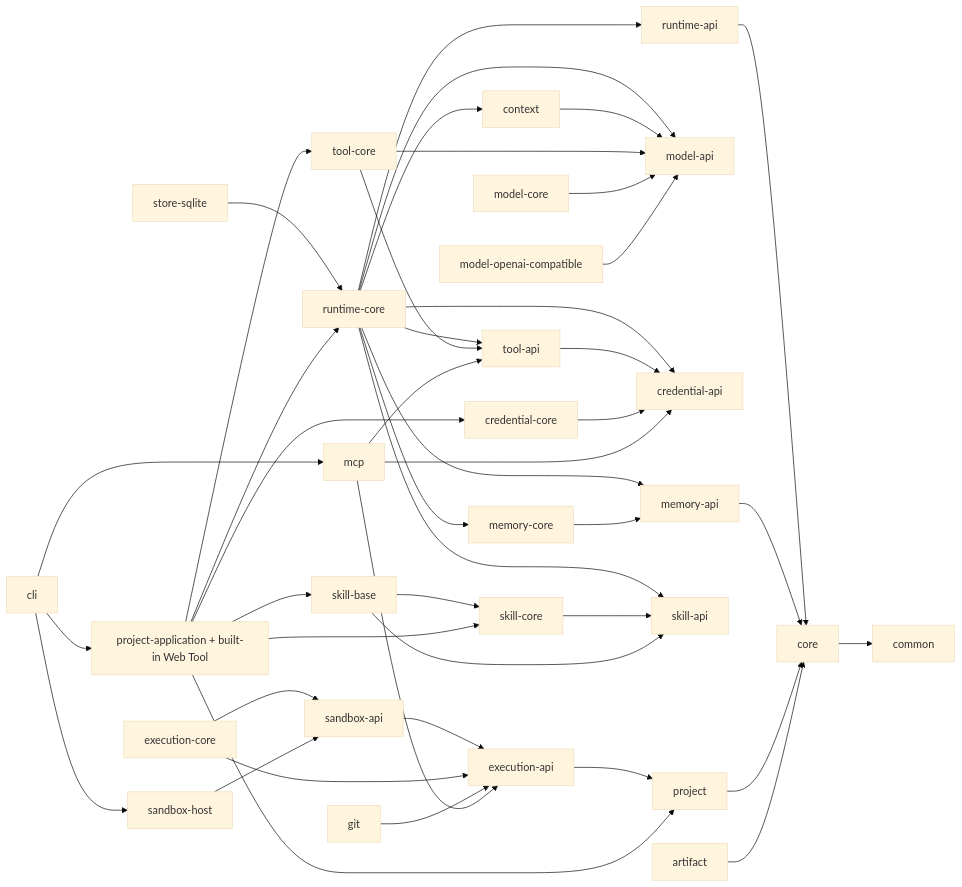
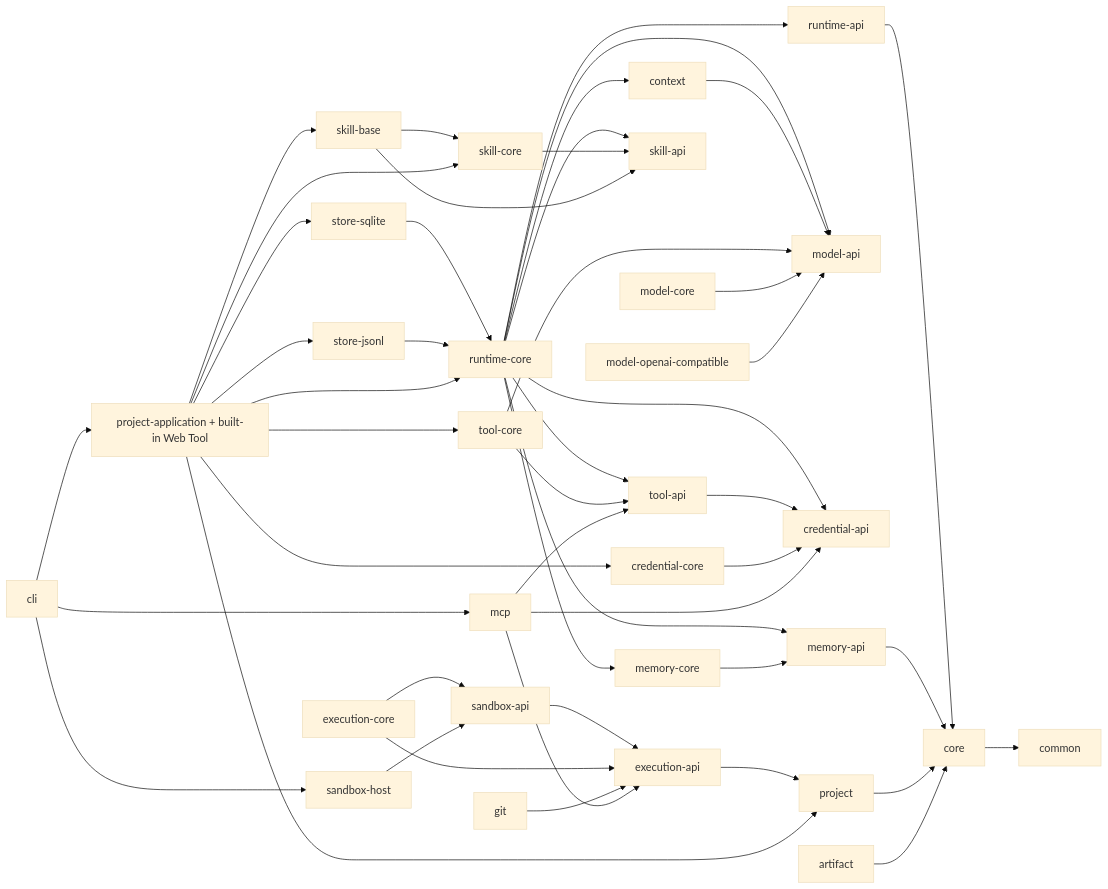
One commit to haifa-agent/haifa-agent changed the diagram in README.md. Above: the diagram before and after it, drawn with Mermaid (base theme). The commit also changed other lines of this file and 64 other files, not shown here.

````diff
--- a/README.md
+++ b/README.md
@@ -65,46 +67,49 @@
 ```mermaid
 flowchart LR
   CORE[core] --> COMMON[common]
   RAPI[runtime-api] --> CORE
   RCORE[runtime-core] --> RAPI
   RCORE --> MAPI[model-api]
   RCORE --> TAPI[tool-api]
   RCORE --> CAPI[credential-api]
   RCORE --> CTX[context]
   RCORE --> MEMAPI[memory-api]
   RCORE --> MEMCORE[memory-core]
   RCORE --> SKAPI[skill-api]
   CTX --> MAPI
   TAPI --> CAPI
   TCORE[tool-core] --> TAPI
   TCORE --> MAPI
   CCORE[credential-core] --> CAPI
   MCORE[model-core] --> MAPI
   MEMAPI --> CORE
   MEMCORE --> MEMAPI
   SKCORE[skill-core] --> SKAPI
   SKBASE[skill-base] --> SKAPI
   SKBASE --> SKCORE
   PROJECT[project] --> CORE
   ARTIFACT[artifact] --> CORE
   EAPI[execution-api] --> PROJECT
   SAPI[sandbox-api] --> EAPI
   ECORE[execution-core] --> EAPI
   ECORE --> SAPI
   SHOST[sandbox-host] --> SAPI
   GIT[git] --> EAPI
   MCP[mcp] --> TAPI
   MCP --> CAPI
   MCP --> EAPI
   OAI[model-openai-compatible] --> MAPI
   SQLITE[store-sqlite] --> RCORE
+  JSONL[store-jsonl] --> RCORE
   PAPP[project-application + built-in Web Tool] --> RCORE
+  PAPP --> SQLITE
+  PAPP --> JSONL
   PAPP --> PROJECT
   PAPP --> TCORE
   PAPP --> CCORE
   PAPP --> SKCORE
   PAPP --> SKBASE
   CLI[cli] --> PAPP
   CLI --> MCP
   CLI --> SHOST
 ```
````
